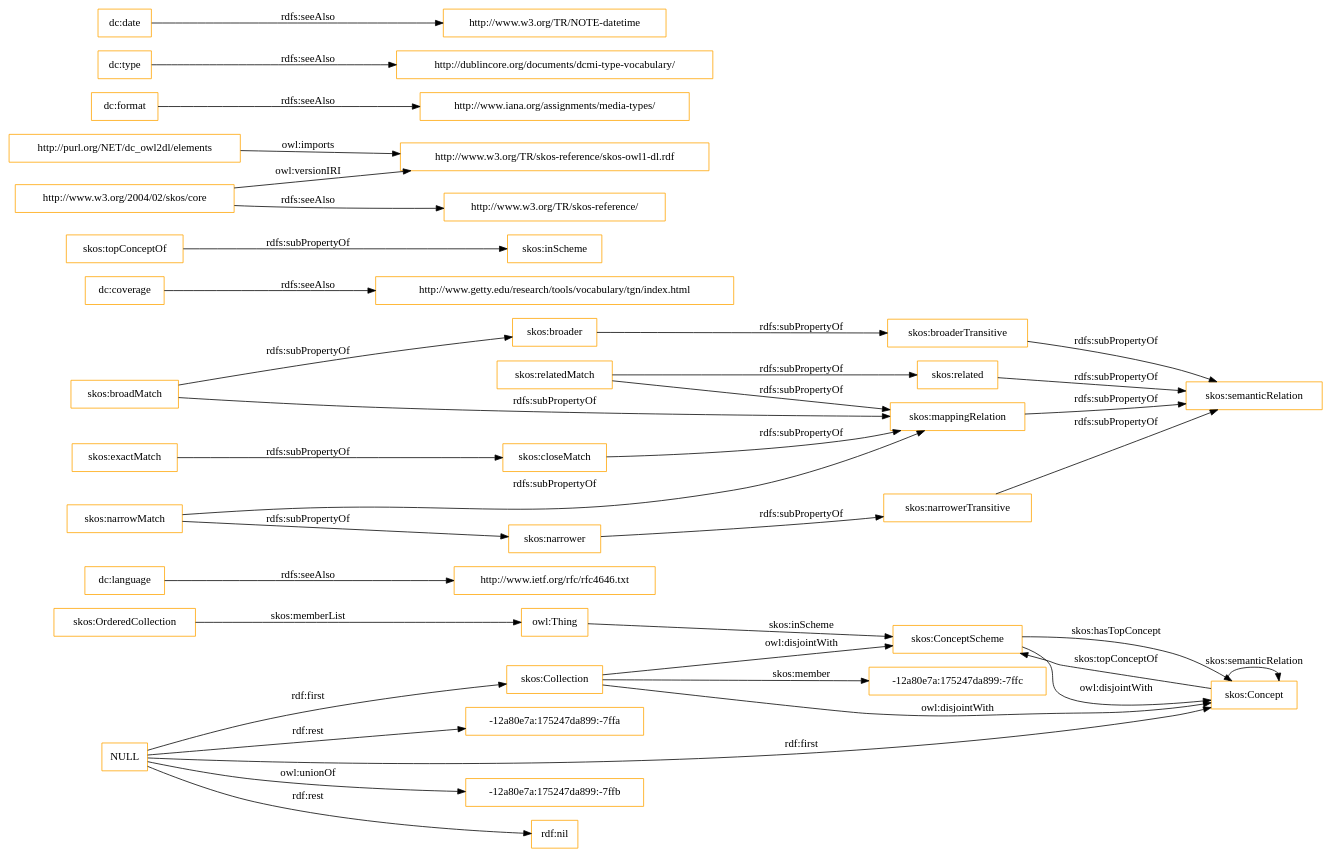
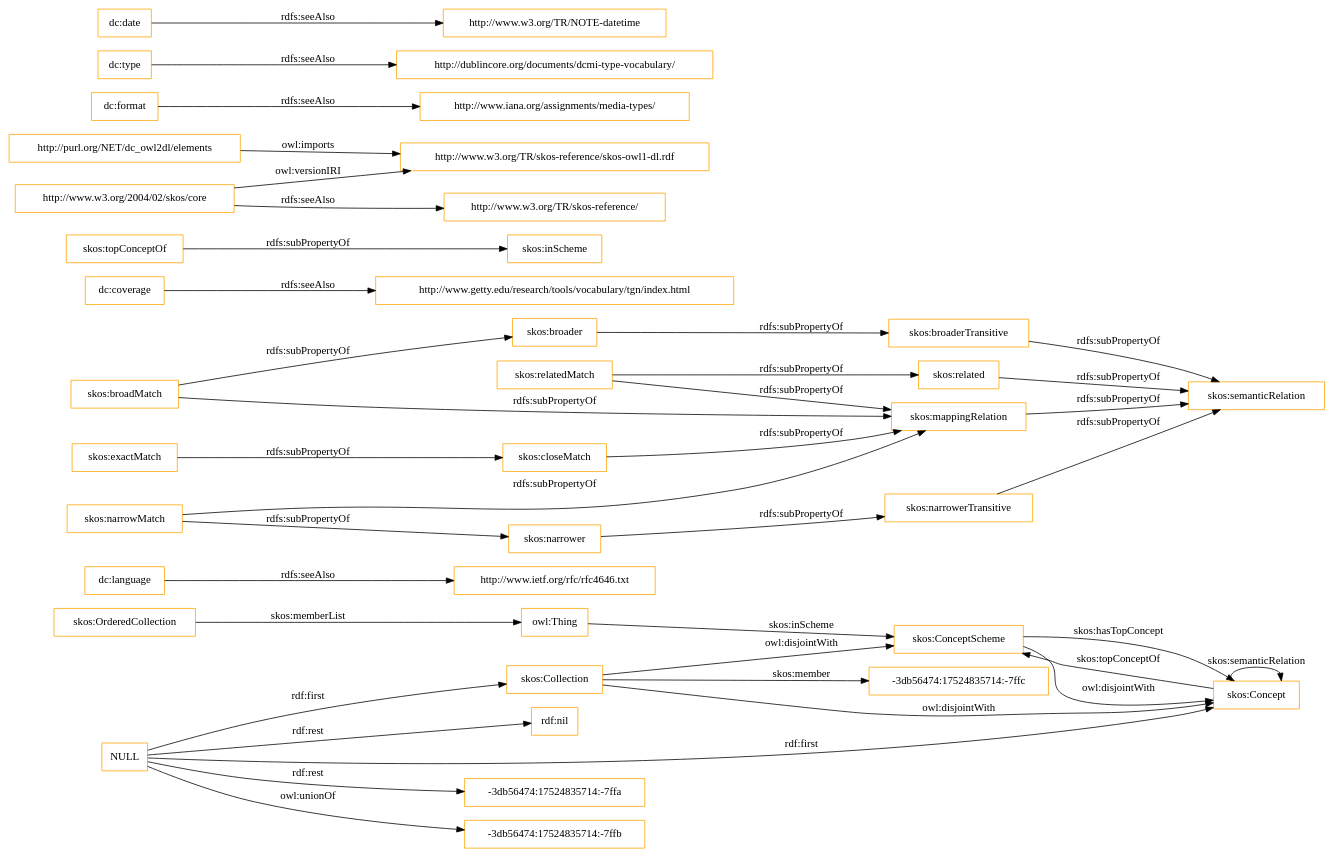
One commit to OnToologyUser/core-ontology-1 changed the diagram in OnToology/imports/elements.owl/diagrams/ar2dtool-class/elements.owl.png.dot. Above: the diagram before and after it, drawn with Graphviz. The commit also changed 14 other files, not shown here.

```diff
--- a/OnToology/imports/elements.owl/diagrams/ar2dtool-class/elements.owl.png.dot
+++ b/OnToology/imports/elements.owl/diagrams/ar2dtool-class/elements.owl.png.dot
@@ -1,43 +1,43 @@
 digraph ar2dtool_diagram { 
 rankdir=LR;
 size="1501"
-node [shape = rectangle, color="orange"]; "-12a80e7a:175247da899:-7ffc" "skos:OrderedCollection" "skos:Collection" "skos:ConceptScheme" "skos:Concept" ; /*classes style*/
+node [shape = rectangle, color="orange"]; "-3db56474:17524835714:-7ffc" "skos:OrderedCollection" "skos:Collection" "skos:ConceptScheme" "skos:Concept" ; /*classes style*/
 	"dc:language" -> "http://www.ietf.org/rfc/rfc4646.txt" [ label = "rdfs:seeAlso" ];
-	"NULL" -> "-12a80e7a:175247da899:-7ffb" [ label = "owl:unionOf" ];
+	"NULL" -> "-3db56474:17524835714:-7ffa" [ label = "rdf:rest" ];
+	"NULL" -> "skos:Concept" [ label = "rdf:first" ];
+	"NULL" -> "-3db56474:17524835714:-7ffb" [ label = "owl:unionOf" ];
 	"NULL" -> "rdf:nil" [ label = "rdf:rest" ];
 	"NULL" -> "skos:Collection" [ label = "rdf:first" ];
-	"NULL" -> "-12a80e7a:175247da899:-7ffa" [ label = "rdf:rest" ];
-	"NULL" -> "skos:Concept" [ label = "rdf:first" ];
 	"skos:closeMatch" -> "skos:mappingRelation" [ label = "rdfs:subPropertyOf" ];
 	"dc:coverage" -> "http://www.getty.edu/research/tools/vocabulary/tgn/index.html" [ label = "rdfs:seeAlso" ];
 	"skos:relatedMatch" -> "skos:related" [ label = "rdfs:subPropertyOf" ];
 	"skos:relatedMatch" -> "skos:mappingRelation" [ label = "rdfs:subPropertyOf" ];
 	"skos:ConceptScheme" -> "skos:Concept" [ label = "owl:disjointWith" ];
 	"skos:related" -> "skos:semanticRelation" [ label = "rdfs:subPropertyOf" ];
 	"skos:topConceptOf" -> "skos:inScheme" [ label = "rdfs:subPropertyOf" ];
 	"skos:broadMatch" -> "skos:broader" [ label = "rdfs:subPropertyOf" ];
 	"skos:broadMatch" -> "skos:mappingRelation" [ label = "rdfs:subPropertyOf" ];
 	"http://purl.org/NET/dc_owl2dl/elements" -> "http://www.w3.org/TR/skos-reference/skos-owl1-dl.rdf" [ label = "owl:imports" ];
 	"skos:exactMatch" -> "skos:closeMatch" [ label = "rdfs:subPropertyOf" ];
 	"dc:format" -> "http://www.iana.org/assignments/media-types/" [ label = "rdfs:seeAlso" ];
 	"skos:broaderTransitive" -> "skos:semanticRelation" [ label = "rdfs:subPropertyOf" ];
 	"dc:type" -> "http://dublincore.org/documents/dcmi-type-vocabulary/" [ label = "rdfs:seeAlso" ];
 	"skos:broader" -> "skos:broaderTransitive" [ label = "rdfs:subPropertyOf" ];
 	"skos:mappingRelation" -> "skos:semanticRelation" [ label = "rdfs:subPropertyOf" ];
 	"http://www.w3.org/2004/02/skos/core" -> "http://www.w3.org/TR/skos-reference/skos-owl1-dl.rdf" [ label = "owl:versionIRI" ];
 	"http://www.w3.org/2004/02/skos/core" -> "http://www.w3.org/TR/skos-reference/" [ label = "rdfs:seeAlso" ];
 	"skos:Collection" -> "skos:ConceptScheme" [ label = "owl:disjointWith" ];
 	"skos:Collection" -> "skos:Concept" [ label = "owl:disjointWith" ];
 	"skos:narrowMatch" -> "skos:narrower" [ label = "rdfs:subPropertyOf" ];
 	"skos:narrowMatch" -> "skos:mappingRelation" [ label = "rdfs:subPropertyOf" ];
 	"skos:narrower" -> "skos:narrowerTransitive" [ label = "rdfs:subPropertyOf" ];
 	"dc:date" -> "http://www.w3.org/TR/NOTE-datetime" [ label = "rdfs:seeAlso" ];
 	"skos:narrowerTransitive" -> "skos:semanticRelation" [ label = "rdfs:subPropertyOf" ];
 	"skos:OrderedCollection" -> "owl:Thing" [ label = "skos:memberList" ];
 	"skos:Concept" -> "skos:ConceptScheme" [ label = "skos:topConceptOf" ];
 	"skos:Concept" -> "skos:Concept" [ label = "skos:semanticRelation" ];
-	"skos:Collection" -> "-12a80e7a:175247da899:-7ffc" [ label = "skos:member" ];
+	"skos:Collection" -> "-3db56474:17524835714:-7ffc" [ label = "skos:member" ];
 	"skos:ConceptScheme" -> "skos:Concept" [ label = "skos:hasTopConcept" ];
 	"owl:Thing" -> "skos:ConceptScheme" [ label = "skos:inScheme" ];
 
 }
```
